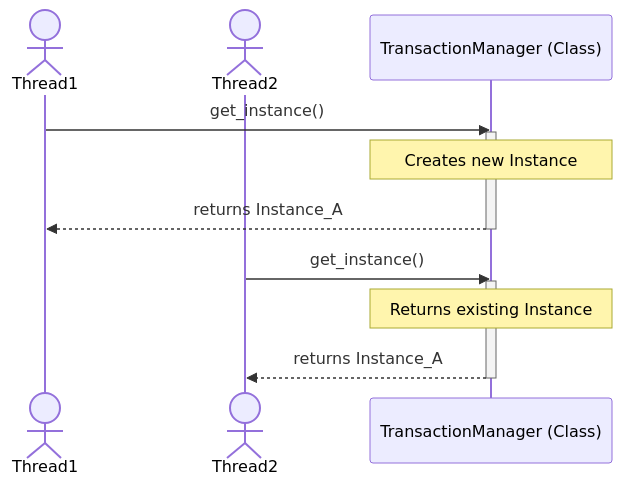
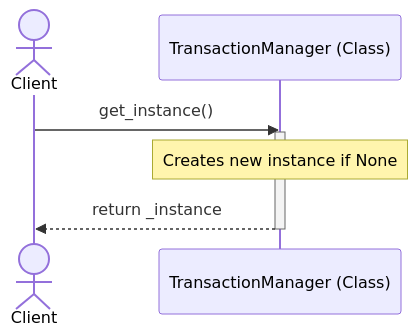
The second of 20 diagrams in DPSuggest.md (TamBui1706/DBMS), drawn with Mermaid before and after one commit. The commit also changed other lines of this file, not shown here.

````diff
--- a/DPSuggest.md
+++ b/DPSuggest.md
@@ -111,18 +94,11 @@
 ```mermaid
 sequenceDiagram
-    actor Thread1
-    actor Thread2
+    actor Client
     participant TM as TransactionManager (Class)
     
-    Thread1->>TM: get_instance()
+    Client->>TM: get_instance()
     activate TM
-    Note over TM: Creates new Instance
-    TM-->>Thread1: returns Instance_A
-    deactivate TM
-    
-    Thread2->>TM: get_instance()
-    activate TM
-    Note over TM: Returns existing Instance
-    TM-->>Thread2: returns Instance_A
+    Note over TM: Creates new instance if None
+    TM-->>Client: return _instance
     deactivate TM
 ```
````
